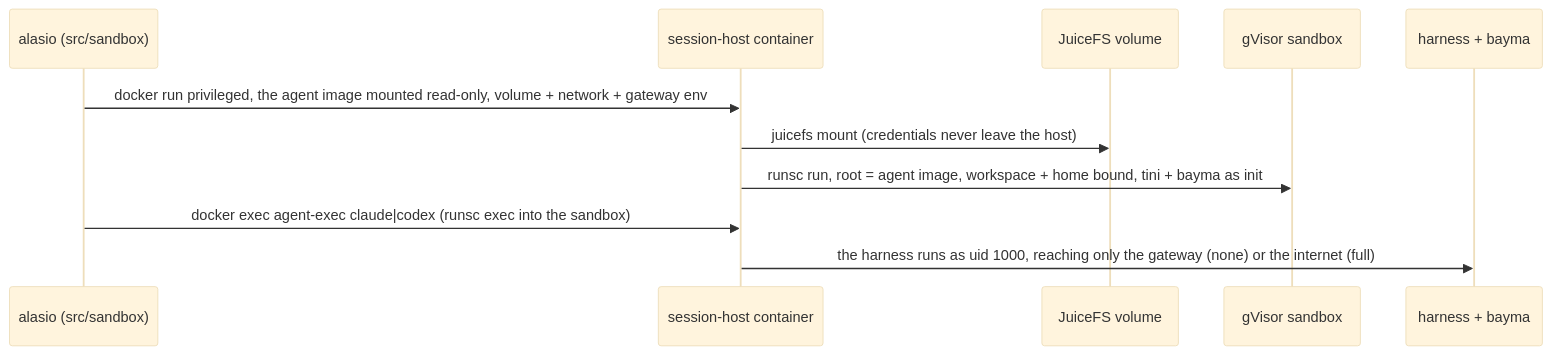
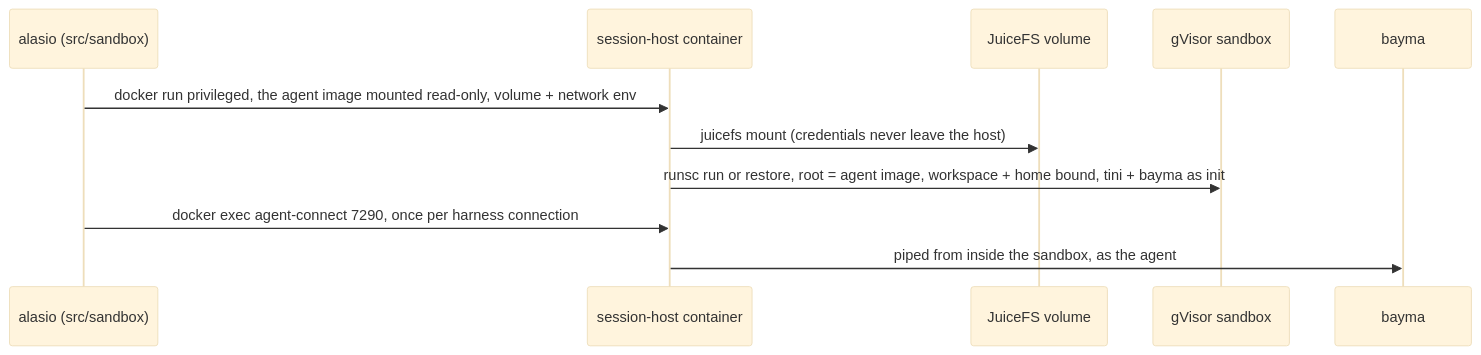
The second of 3 diagrams in sandbox/README.md (eaucoin/alasio), drawn with Mermaid (base theme) before and after one commit. The commit also changed other lines of this file and 51 other files, not shown here.

````diff
--- a/sandbox/README.md
+++ b/sandbox/README.md
@@ -23,13 +29,13 @@
 ```mermaid
 sequenceDiagram
   participant Alasio as alasio (src/sandbox)
   participant Host as session-host container
   participant JFS as JuiceFS volume
   participant Sbx as gVisor sandbox
-  participant Agent as harness + bayma
-  Alasio->>Host: docker run privileged, the agent image mounted read-only, volume + network + gateway env
+  participant Bayma as bayma
+  Alasio->>Host: docker run privileged, the agent image mounted read-only, volume + network env
   Host->>JFS: juicefs mount (credentials never leave the host)
-  Host->>Sbx: runsc run, root = agent image, workspace + home bound, tini + bayma as init
-  Alasio->>Host: docker exec agent-exec claude|codex  (runsc exec into the sandbox)
-  Host->>Agent: the harness runs as uid 1000, reaching only the gateway (none) or the internet (full)
+  Host->>Sbx: runsc run or restore, root = agent image, workspace + home bound, tini + bayma as init
+  Alasio->>Host: docker exec agent-connect 7290, once per harness connection
+  Host->>Bayma: piped from inside the sandbox, as the agent
 ```
````
